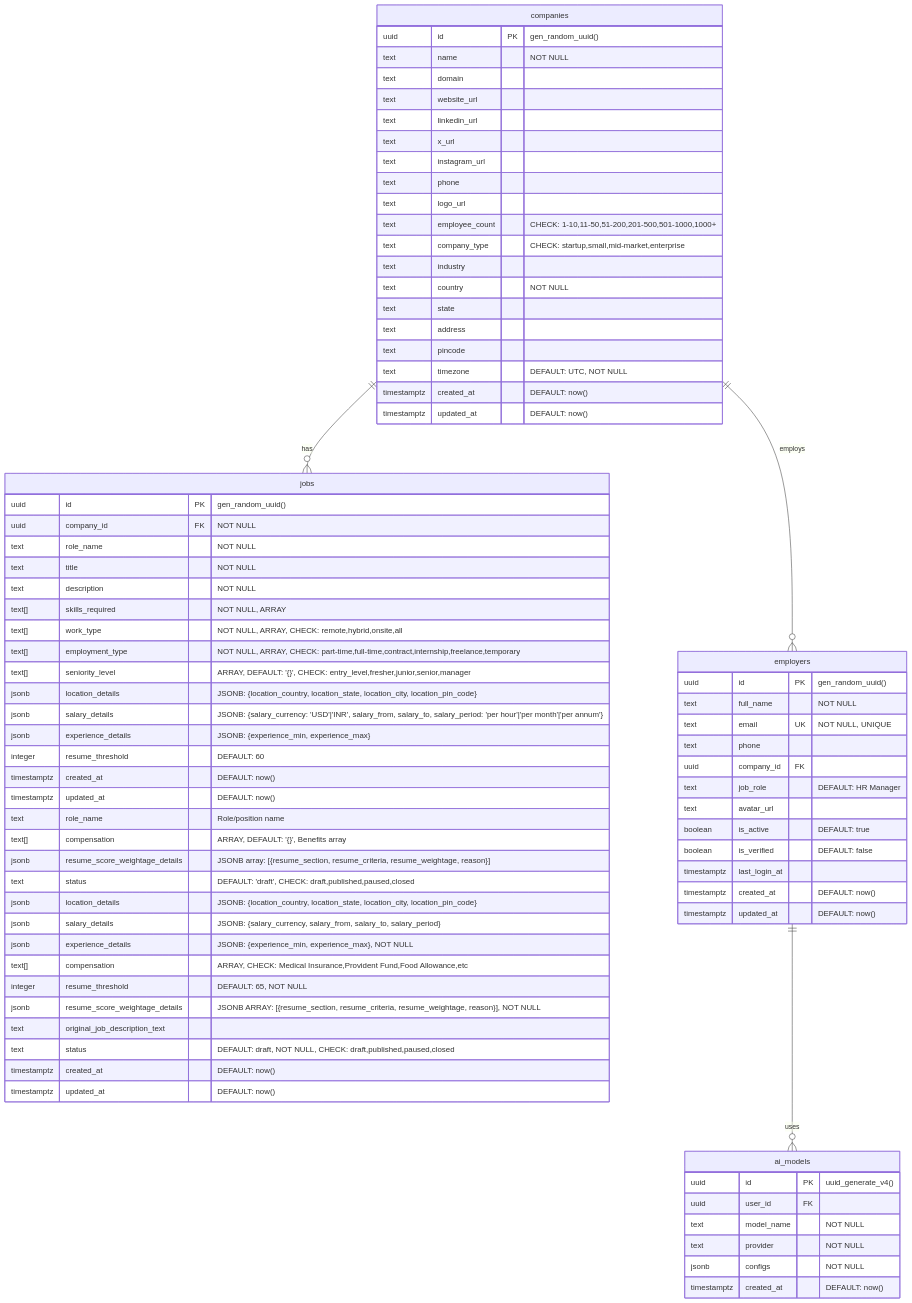
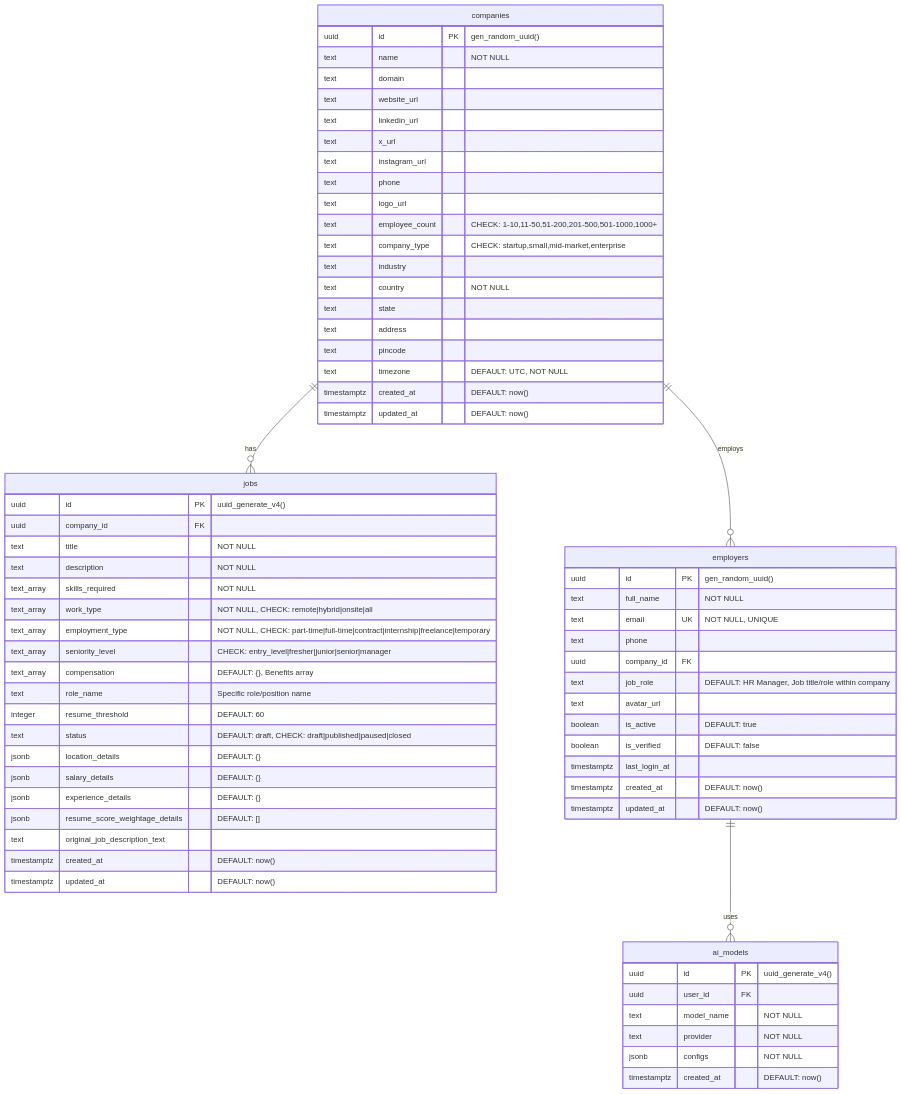
One commit to Lernexia/upzella-p3 changed the diagram in db.md. Above: the diagram before and after it, drawn with Mermaid. The commit also changed other lines of this file and 5 other files, not shown here.

```diff
--- a/db.md
+++ b/db.md
@@ -37,7 +37,7 @@
         text email UK "NOT NULL, UNIQUE"
         text phone
         uuid company_id FK
-        text job_role "DEFAULT: HR Manager"
+        text job_role "DEFAULT: HR Manager, Job title/role within company"
         text avatar_url
         boolean is_active "DEFAULT: true"
         boolean is_verified "DEFAULT: false"
@@ -47,33 +47,23 @@
     }
 
     jobs {
-        uuid id PK "gen_random_uuid()"
-        uuid company_id FK "NOT NULL"
-        text role_name "NOT NULL"
+        uuid id PK "uuid_generate_v4()"
+        uuid company_id FK
         text title "NOT NULL"
         text description "NOT NULL"
-        text[] skills_required "NOT NULL, ARRAY"
-        text[] work_type "NOT NULL, ARRAY, CHECK: remote,hybrid,onsite,all"
-        text[] employment_type "NOT NULL, ARRAY, CHECK: part-time,full-time,contract,internship,freelance,temporary"
-        text[] seniority_level "ARRAY, DEFAULT: '{}', CHECK: entry_level,fresher,junior,senior,manager"
-        jsonb location_details "JSONB: {location_country, location_state, location_city, location_pin_code}"
-        jsonb salary_details "JSONB: {salary_currency: 'USD'|'INR', salary_from, salary_to, salary_period: 'per hour'|'per month'|'per annum'}"
-        jsonb experience_details "JSONB: {experience_min, experience_max}"
+        text_array skills_required "NOT NULL"
+        text_array work_type "NOT NULL, CHECK: remote|hybrid|onsite|all"
+        text_array employment_type "NOT NULL, CHECK: part-time|full-time|contract|internship|freelance|temporary"
+        text_array seniority_level "CHECK: entry_level|fresher|junior|senior|manager"
+        text_array compensation "DEFAULT: {}, Benefits array"
+        text role_name "Specific role/position name"
         integer resume_threshold "DEFAULT: 60"
-        timestamptz created_at "DEFAULT: now()"
-        timestamptz updated_at "DEFAULT: now()"
-        text role_name "Role/position name"
-        text[] compensation "ARRAY, DEFAULT: '{}', Benefits array"
-        jsonb resume_score_weightage_details "JSONB array: [{resume_section, resume_criteria, resume_weightage, reason}]"
-        text status "DEFAULT: 'draft', CHECK: draft,published,paused,closed"
-        jsonb location_details "JSONB: {location_country, location_state, location_city, location_pin_code}"
-        jsonb salary_details "JSONB: {salary_currency, salary_from, salary_to, salary_period}"
-        jsonb experience_details "JSONB: {experience_min, experience_max}, NOT NULL"
-        text[] compensation "ARRAY, CHECK: Medical Insurance,Provident Fund,Food Allowance,etc"
-        integer resume_threshold "DEFAULT: 65, NOT NULL"
-        jsonb resume_score_weightage_details "JSONB ARRAY: [{resume_section, resume_criteria, resume_weightage, reason}], NOT NULL"
+        text status "DEFAULT: draft, CHECK: draft|published|paused|closed"
+        jsonb location_details "DEFAULT: {}"
+        jsonb salary_details "DEFAULT: {}"
+        jsonb experience_details "DEFAULT: {}"
+        jsonb resume_score_weightage_details "DEFAULT: []"
         text original_job_description_text
-        text status "DEFAULT: draft, NOT NULL, CHECK: draft,published,paused,closed"
         timestamptz created_at "DEFAULT: now()"
         timestamptz updated_at "DEFAULT: now()"
     }
```
